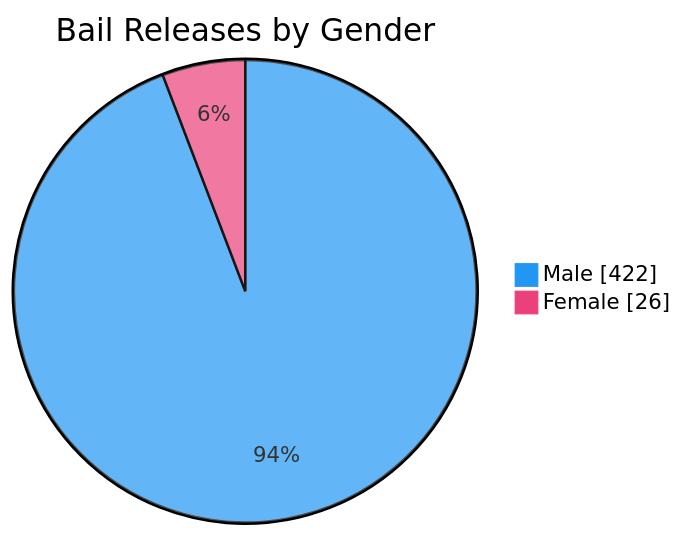
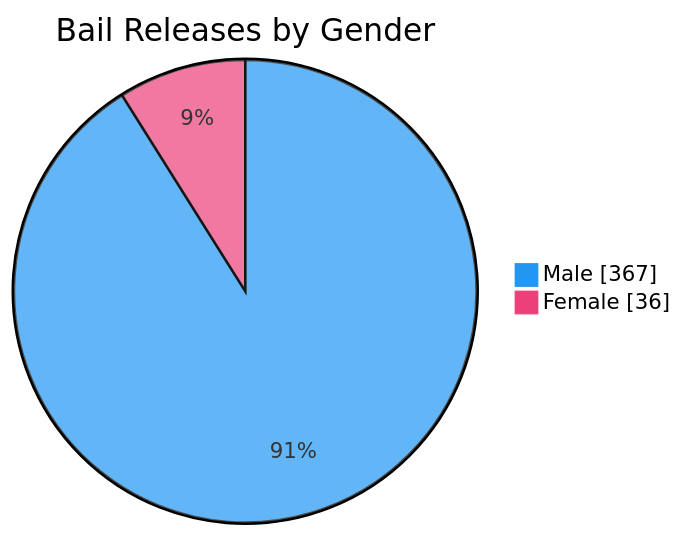
Before and after one commit to nuuuwan/lk_prisons: the seventh of 7 diagrams in README.md, drawn with Mermaid. The commit also changed other lines of this file and 1 other file, not shown here.

````diff
--- a/README.md
+++ b/README.md
@@ -109,6 +109,6 @@
 ```mermaid
 %%{init: {'themeVariables': {'pie1': '#2196F3', 'pie2': '#EC407A'}}}%%
 pie showData title Bail Releases by Gender
-    "Male" : 422
-    "Female" : 26
+    "Male" : 367
+    "Female" : 36
 ```
````
